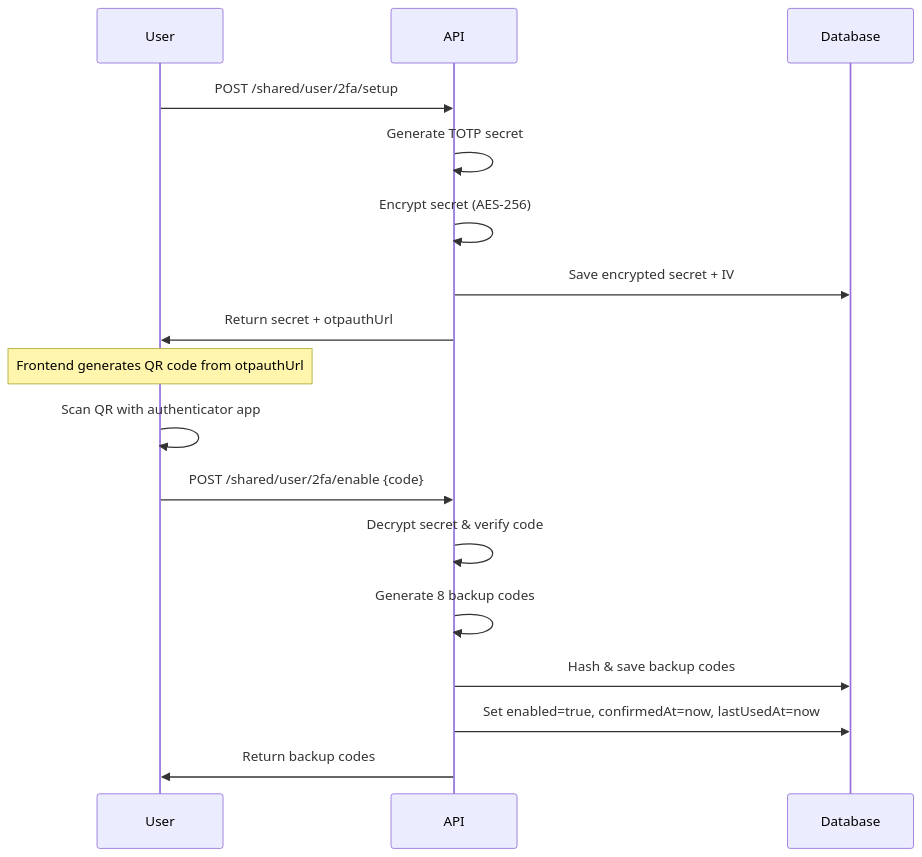
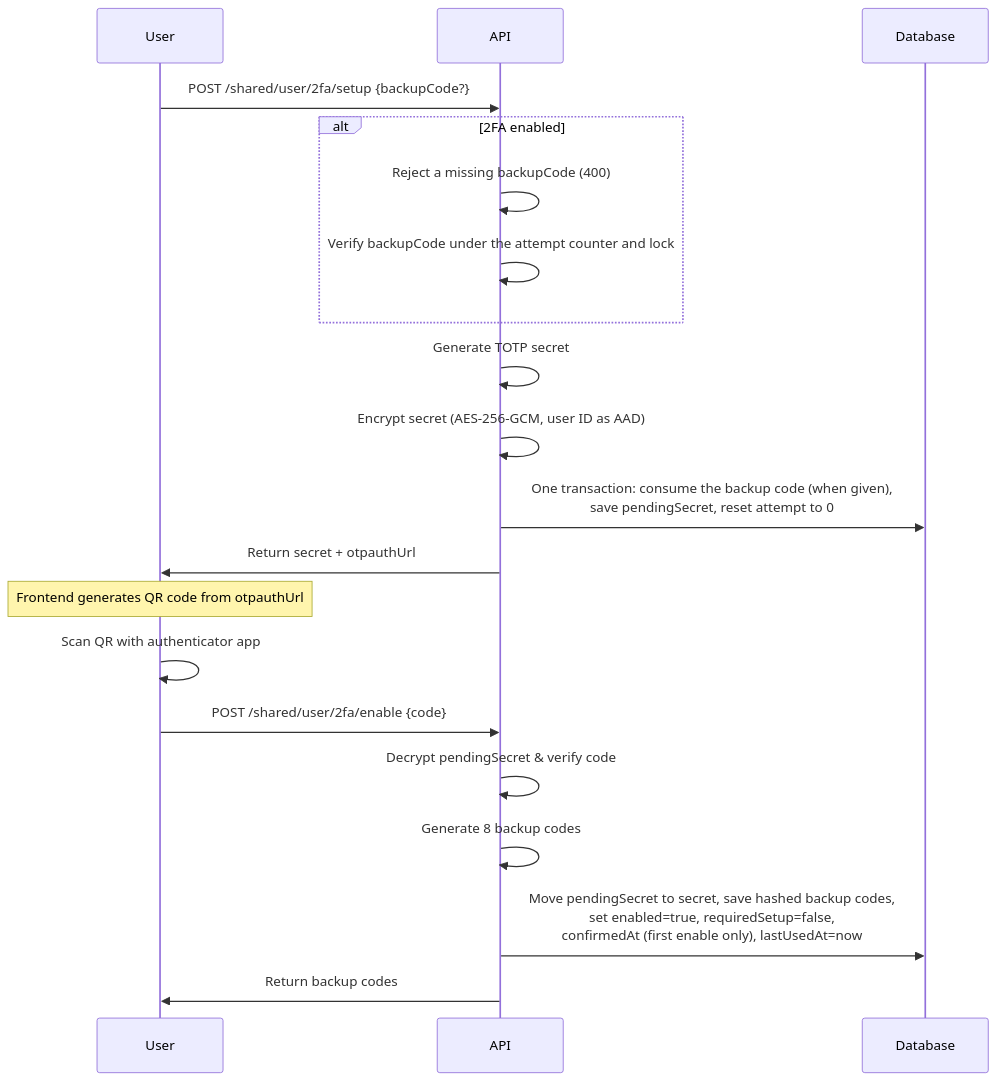
The first of 9 diagrams in docs/two-factor.md (andrechristikan/ack-nestjs-boilerplate), drawn with Mermaid before and after one commit. The commit also changed other lines of this file and 1013 other files, not shown here.

````diff
--- a/docs/two-factor.md
+++ b/docs/two-factor.md
@@ -188,20 +196,23 @@
 ```mermaid
 sequenceDiagram
     participant User
     participant API
     participant Database
 
-    User->>API: POST /shared/user/2fa/setup
+    User->>API: POST /shared/user/2fa/setup {backupCode?}
+    alt 2FA enabled
+        API->>API: Reject a missing backupCode (400)
+        API->>API: Verify backupCode under the attempt counter and lock
+    end
     API->>API: Generate TOTP secret
-    API->>API: Encrypt secret (AES-256)
-    API->>Database: Save encrypted secret + IV
+    API->>API: Encrypt secret (AES-256-GCM, user ID as AAD)
+    API->>Database: One transaction: consume the backup code (when given),<br/>save pendingSecret, reset attempt to 0
     API->>User: Return secret + otpauthUrl
     Note over User: Frontend generates QR code from otpauthUrl
     User->>User: Scan QR with authenticator app
     User->>API: POST /shared/user/2fa/enable {code}
-    API->>API: Decrypt secret & verify code
+    API->>API: Decrypt pendingSecret & verify code
     API->>API: Generate 8 backup codes
-    API->>Database: Hash & save backup codes
-    API->>Database: Set enabled=true, confirmedAt=now, lastUsedAt=now
+    API->>Database: Move pendingSecret to secret, save hashed backup codes,<br/>set enabled=true, requiredSetup=false,<br/>confirmedAt (first enable only), lastUsedAt=now
     API->>User: Return backup codes
 ```
````
